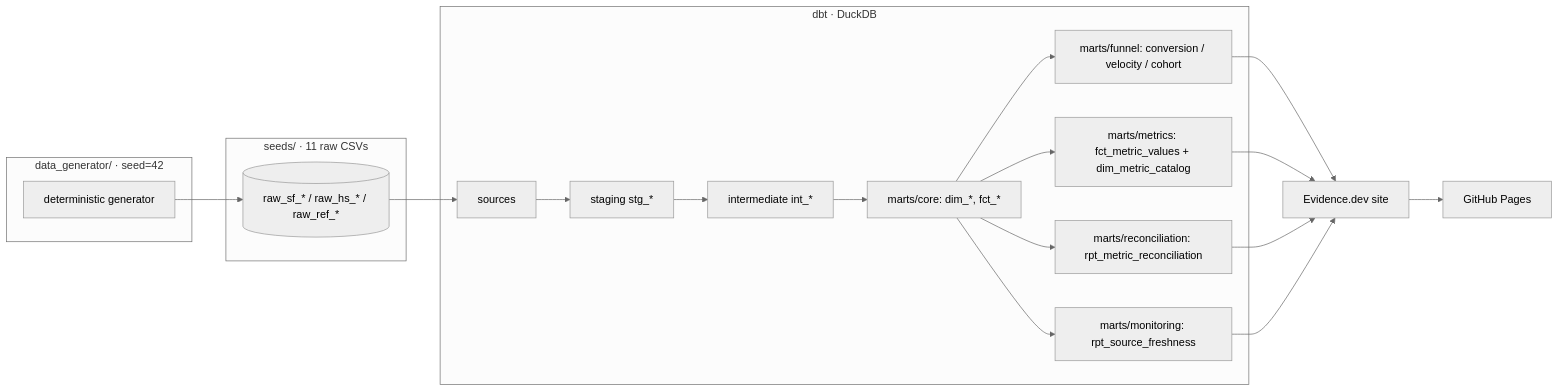
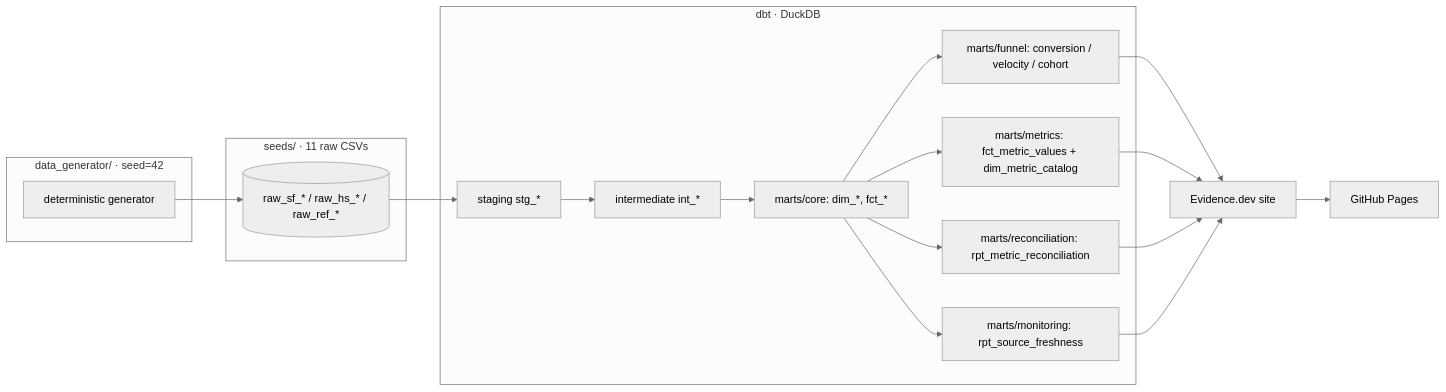
Before and after one commit to jross21/gtm-funnel-analytics: the diagram in docs/ARCHITECTURE.md, drawn with Mermaid (neutral theme). The commit also changed other lines of this file and 15 other files, not shown here.

````diff
--- a/docs/ARCHITECTURE.md
+++ b/docs/ARCHITECTURE.md
@@ -5,24 +5,23 @@
 ```mermaid
 flowchart LR
   subgraph gen[data_generator/ · seed=42]
     G[deterministic generator]
   end
   subgraph seeds[seeds/ · 11 raw CSVs]
     S[(raw_sf_* / raw_hs_* / raw_ref_*)]
   end
   subgraph dbt[dbt · DuckDB]
-    SRC[sources] --> STG[staging stg_*]
-    STG --> INT[intermediate int_*]
+    STG[staging stg_*] --> INT[intermediate int_*]
     INT --> CORE[marts/core: dim_*, fct_*]
     CORE --> FUN[marts/funnel: conversion / velocity / cohort]
     CORE --> MET[marts/metrics: fct_metric_values + dim_metric_catalog]
     CORE --> REC[marts/reconciliation: rpt_metric_reconciliation]
     CORE --> MON[marts/monitoring: rpt_source_freshness]
   end
   EV[Evidence.dev site] --> PAGES[GitHub Pages]
-  G --> S --> SRC
+  G --> S --> STG
   FUN --> EV
   MET --> EV
   REC --> EV
   MON --> EV
 ```
````
